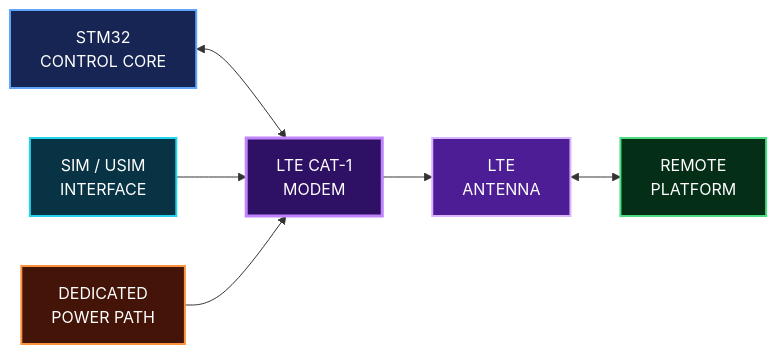
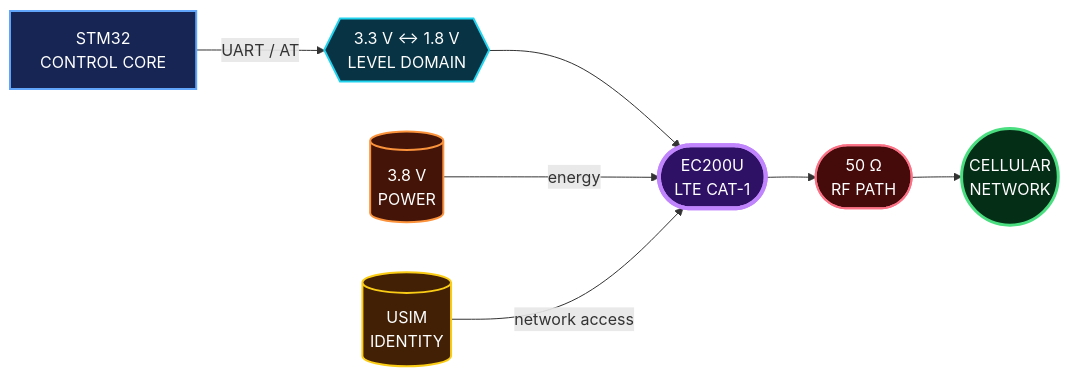
Before and after one commit to bk201-dev/industrial-edge-monitoring-platform: the fourth of 7 diagrams in engineering/README.md, drawn with Mermaid. The commit also changed other lines of this file, not shown here.

````diff
--- a/engineering/README.md
+++ b/engineering/README.md
@@ -151,23 +151,28 @@
 ```mermaid
 flowchart LR
 
     MCU["STM32<br/>CONTROL CORE"]:::mcu
-    MODEM["LTE CAT-1<br/>MODEM"]:::lte
-    SIM["SIM / USIM<br/>INTERFACE"]:::sim
-    ANT["LTE<br/>ANTENNA"]:::rf
-    CLOUD["REMOTE<br/>PLATFORM"]:::cloud
-    PWR["DEDICATED<br/>POWER PATH"]:::power
+    SHIFT{{"3.3 V ↔ 1.8 V<br/>LEVEL DOMAIN"}}:::shift
+    LTE(["EC200U<br/>LTE CAT-1"]):::lte
+    RF(["50 Ω<br/>RF PATH"]):::rf
+    NET(("CELLULAR<br/>NETWORK")):::network
 
-    MCU <--> MODEM
-    SIM --> MODEM
-    PWR --> MODEM
-    MODEM --> ANT
-    ANT <--> CLOUD
+    PWR[("3.8 V<br/>POWER")]:::power
+    SIM[("USIM<br/>IDENTITY")]:::sim
+
+    MCU -->|"UART / AT"| SHIFT
+    SHIFT --> LTE
+    LTE --> RF
+    RF --> NET
+
+    PWR -->|"energy"| LTE
+    SIM -->|"network access"| LTE
 
     classDef mcu fill:#172554,stroke:#60A5FA,color:#FFFFFF,stroke-width:2px;
-    classDef lte fill:#2E1065,stroke:#C084FC,color:#FFFFFF,stroke-width:3px;
-    classDef sim fill:#083344,stroke:#22D3EE,color:#FFFFFF,stroke-width:2px;
-    classDef rf fill:#4C1D95,stroke:#D8B4FE,color:#FFFFFF,stroke-width:2px;
-    classDef cloud fill:#052E16,stroke:#4ADE80,color:#FFFFFF,stroke-width:2px;
+    classDef shift fill:#083344,stroke:#22D3EE,color:#FFFFFF,stroke-width:2px;
+    classDef lte fill:#2E1065,stroke:#C084FC,color:#FFFFFF,stroke-width:4px;
+    classDef rf fill:#450A0A,stroke:#FB7185,color:#FFFFFF,stroke-width:2px;
+    classDef network fill:#052E16,stroke:#4ADE80,color:#FFFFFF,stroke-width:3px;
     classDef power fill:#431407,stroke:#FB923C,color:#FFFFFF,stroke-width:2px;
+    classDef sim fill:#422006,stroke:#FACC15,color:#FFFFFF,stroke-width:2px;
 ```
````
